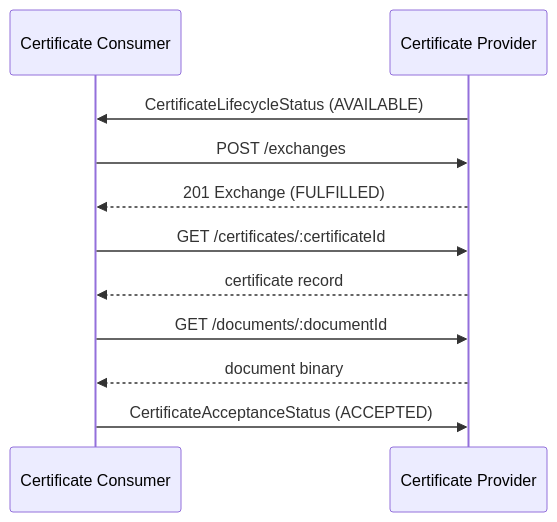
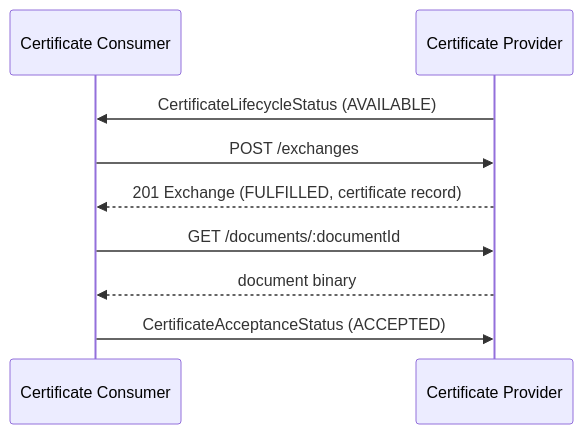
Before and after one commit to Metaform/certo: the third of 4 diagrams in docs/sce/certificate-exchange.md, drawn with Mermaid. The commit also changed other lines of this file and 21 other files, not shown here.

````diff
--- a/docs/sce/certificate-exchange.md
+++ b/docs/sce/certificate-exchange.md
@@ -391,13 +407,11 @@
 ```mermaid
 sequenceDiagram
     participant con as Certificate Consumer
     participant prov as Certificate Provider
     prov ->> con: CertificateLifecycleStatus (AVAILABLE)
     con ->> prov: POST /exchanges
-    prov -->> con: 201 Exchange (FULFILLED)
-    con ->> prov: GET /certificates/:certificateId
-    prov -->> con: certificate record
+    prov -->> con: 201 Exchange (FULFILLED, certificate record)
     con ->> prov: GET /documents/:documentId
     prov -->> con: document binary
     con ->> prov: CertificateAcceptanceStatus (ACCEPTED)
 ```
````
